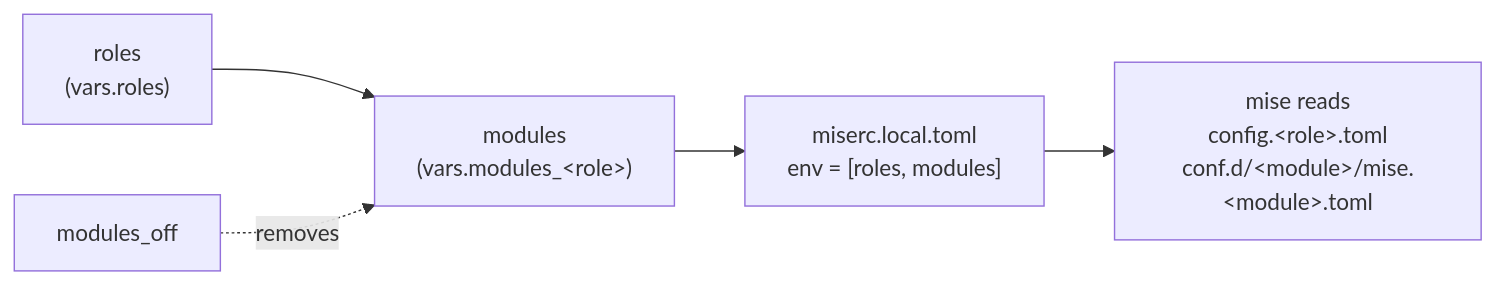
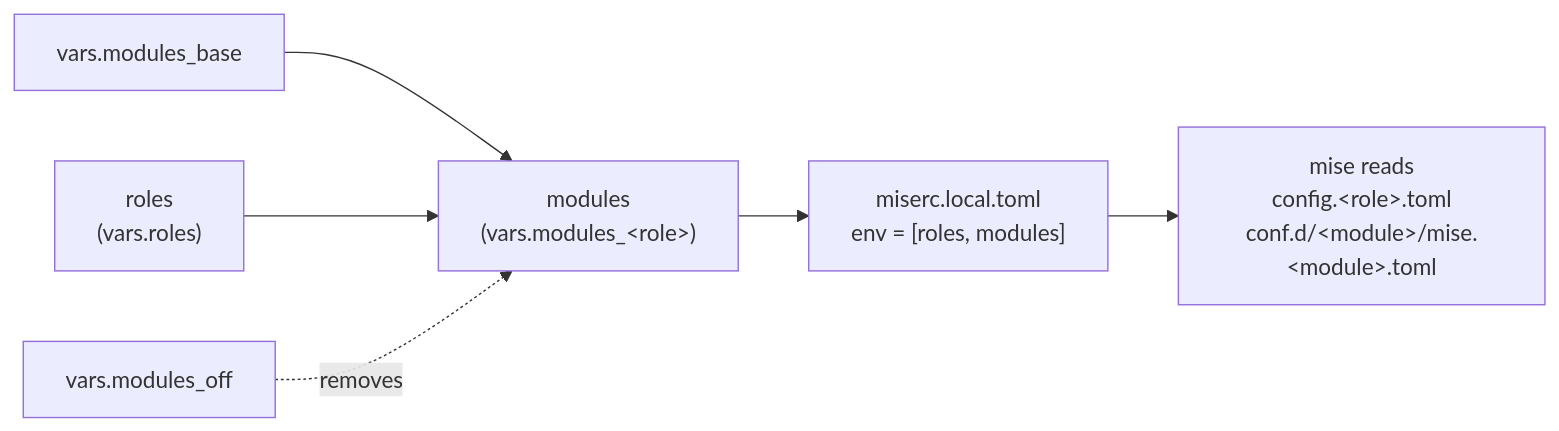
Before and after one commit to owpac/dotfiles: the second of 3 diagrams in README.md, drawn with Mermaid. The commit also changed other lines of this file, not shown here.

First line of the commit message:
docs: describe the vars that select the modules

````diff
--- a/README.md
+++ b/README.md
@@ -64,7 +64,8 @@
 ```mermaid
 flowchart LR
+  B["vars.modules_base"] --> M
   R["roles<br/>(vars.roles)"] --> M["modules<br/>(vars.modules_&lt;role&gt;)"]
-  O["modules_off"] -. removes .-> M
+  O["vars.modules_off"] -. removes .-> M
   M --> S["miserc.local.toml<br/>env = [roles, modules]"]
   S --> X["mise reads<br/>config.&lt;role&gt;.toml<br/>conf.d/&lt;module&gt;/mise.&lt;module&gt;.toml"]
 ```
````
